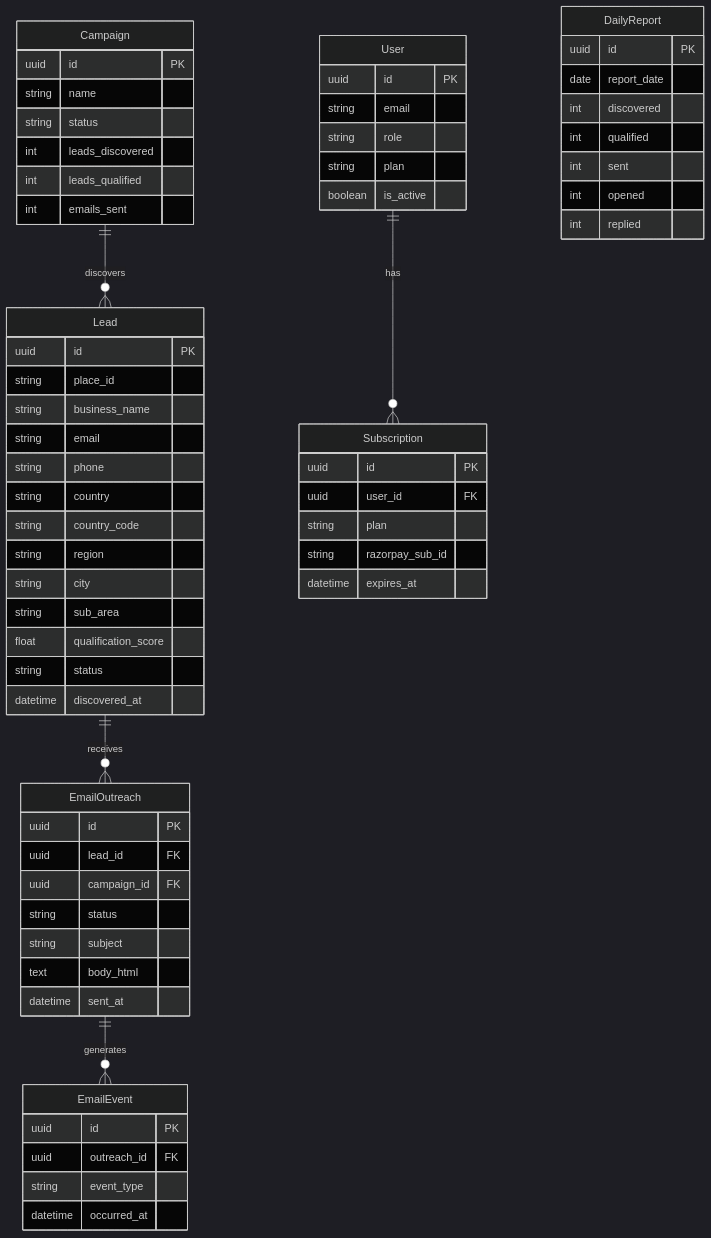
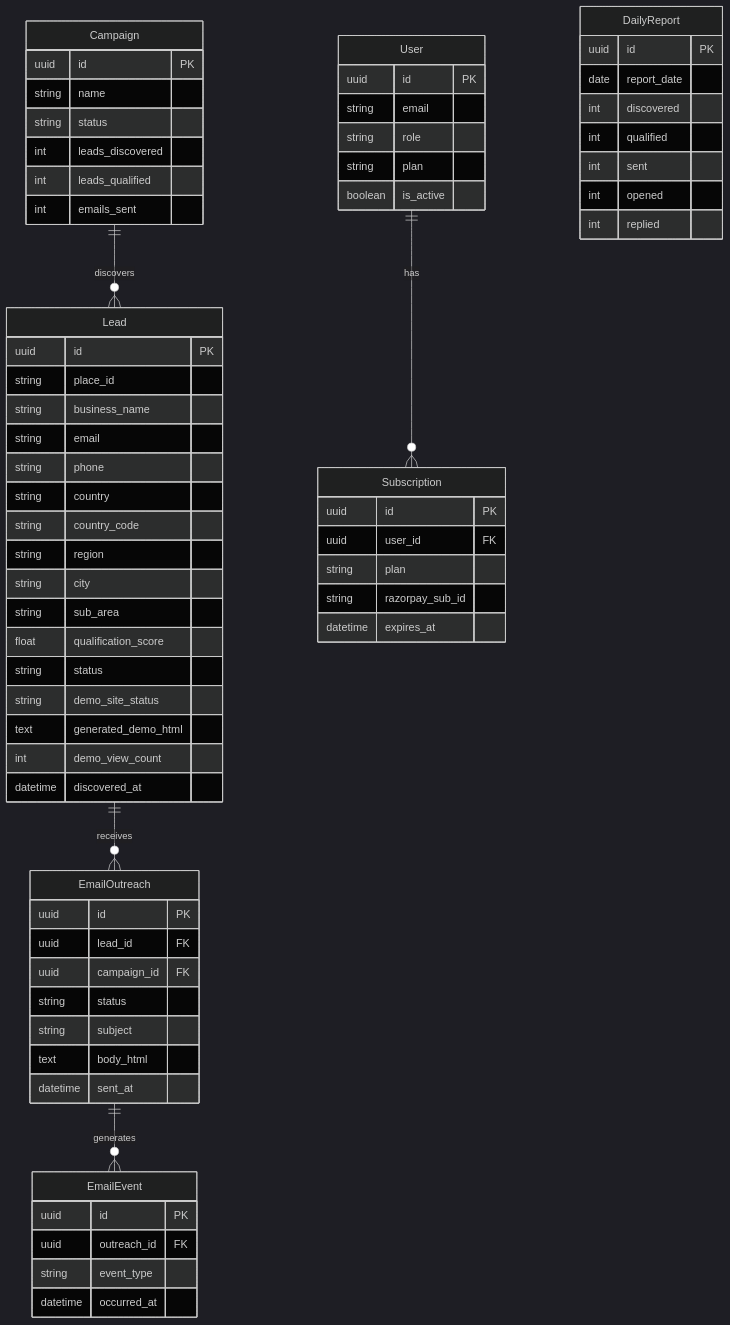
Before and after one commit to colddsam/coldscout: the third of 4 diagrams in README.md, drawn with Mermaid (dark theme). The commit also changed other lines of this file and 42 other files, not shown here.

````diff
--- a/README.md
+++ b/README.md
@@ -270,69 +270,72 @@
 ```mermaid
 erDiagram
     User {
         uuid id PK
         string email
         string role
         string plan
         boolean is_active
     }
     Lead {
         uuid id PK
         string place_id
         string business_name
         string email
         string phone
         string country
         string country_code
         string region
         string city
         string sub_area
         float qualification_score
         string status
+        string demo_site_status
+        text generated_demo_html
+        int demo_view_count
         datetime discovered_at
     }
     Campaign {
         uuid id PK
         string name
         string status
         int leads_discovered
         int leads_qualified
         int emails_sent
     }
     EmailOutreach {
         uuid id PK
         uuid lead_id FK
         uuid campaign_id FK
         string status
         string subject
         text body_html
         datetime sent_at
     }
     EmailEvent {
         uuid id PK
         uuid outreach_id FK
         string event_type
         datetime occurred_at
     }
     Subscription {
         uuid id PK
         uuid user_id FK
         string plan
         string razorpay_sub_id
         datetime expires_at
     }
     DailyReport {
         uuid id PK
         date report_date
         int discovered
         int qualified
         int sent
         int opened
         int replied
     }
 
     User ||--o{ Subscription : "has"
     Campaign ||--o{ Lead : "discovers"
     Lead ||--o{ EmailOutreach : "receives"
     EmailOutreach ||--o{ EmailEvent : "generates"
 ```
````
